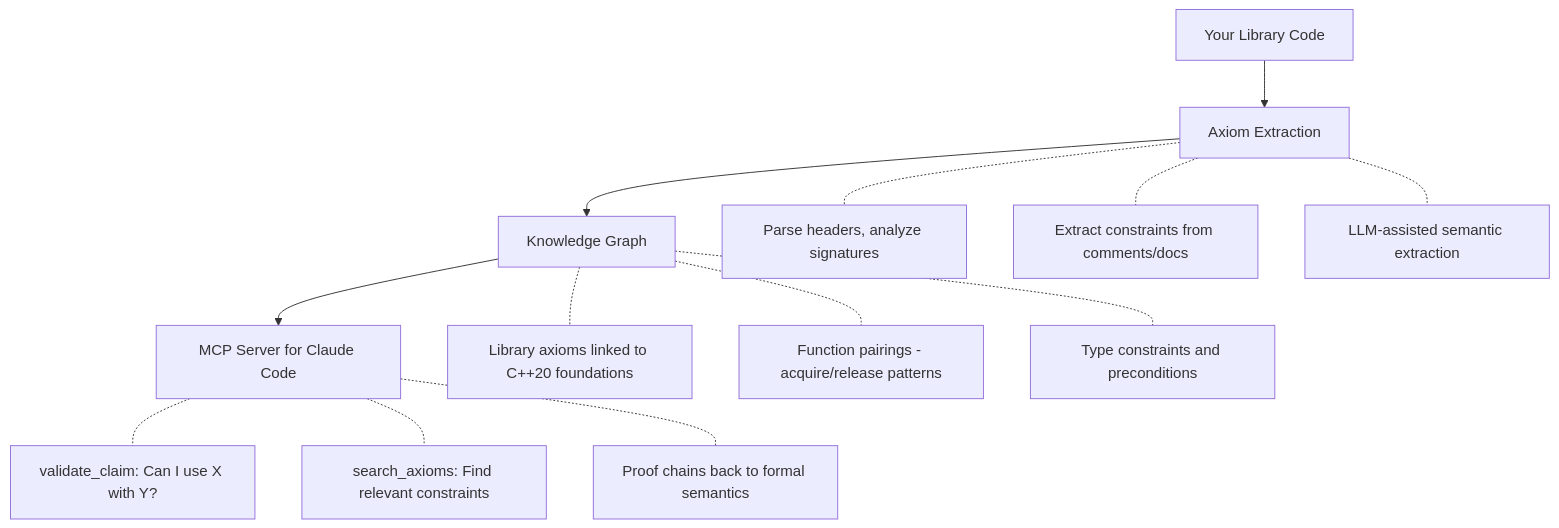
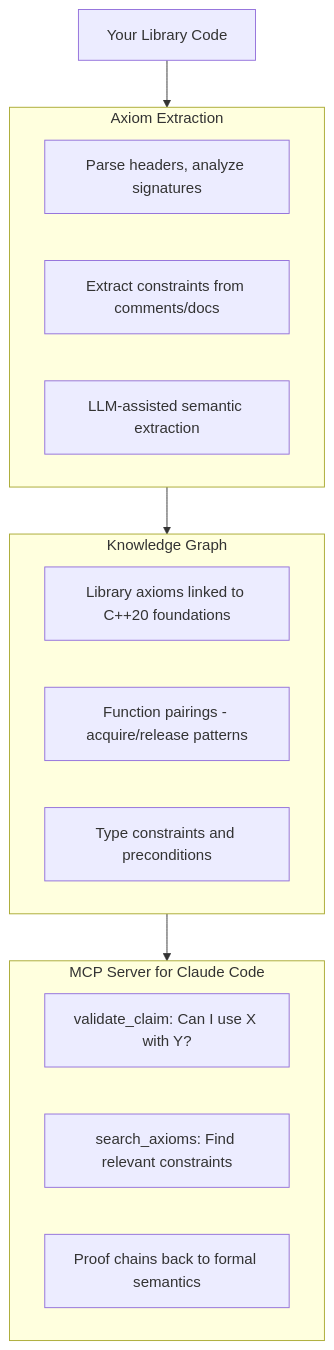
One commit to mattyv/axiom changed the diagram in README.md. Above: the diagram before and after it, drawn with Mermaid.

Commit message:
mermaid fix

````diff
--- a/README.md
+++ b/README.md
@@ -23,18 +23,27 @@
 ```mermaid
-flowchart TD
-    A[Your Library Code] --> B[Axiom Extraction]
-    B --> C[Knowledge Graph]
-    C --> D[MCP Server for Claude Code]
+flowchart TB
+    A[Your Library Code]
+    A --> B
 
-    B -.- B1[Parse headers, analyze signatures]
-    B -.- B2[Extract constraints from comments/docs]
-    B -.- B3[LLM-assisted semantic extraction]
+    subgraph B[Axiom Extraction]
+        B1[Parse headers, analyze signatures]
+        B2[Extract constraints from comments/docs]
+        B3[LLM-assisted semantic extraction]
+    end
 
-    C -.- C1[Library axioms linked to C++20 foundations]
-    C -.- C2[Function pairings - acquire/release patterns]
-    C -.- C3[Type constraints and preconditions]
+    B --> C
 
-    D -.- D1["validate_claim: Can I use X with Y?"]
-    D -.- D2[search_axioms: Find relevant constraints]
-    D -.- D3[Proof chains back to formal semantics]
+    subgraph C[Knowledge Graph]
+        C1[Library axioms linked to C++20 foundations]
+        C2[Function pairings - acquire/release patterns]
+        C3[Type constraints and preconditions]
+    end
+
+    C --> D
+
+    subgraph D[MCP Server for Claude Code]
+        D1["validate_claim: Can I use X with Y?"]
+        D2[search_axioms: Find relevant constraints]
+        D3[Proof chains back to formal semantics]
+    end
 ```
````
